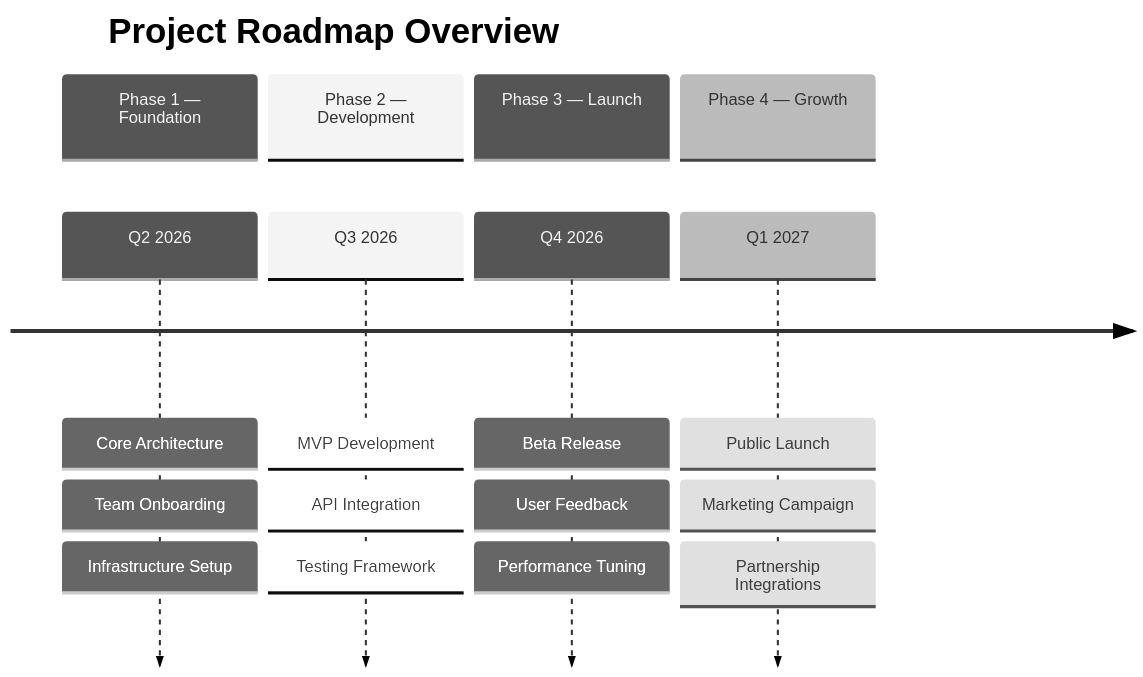
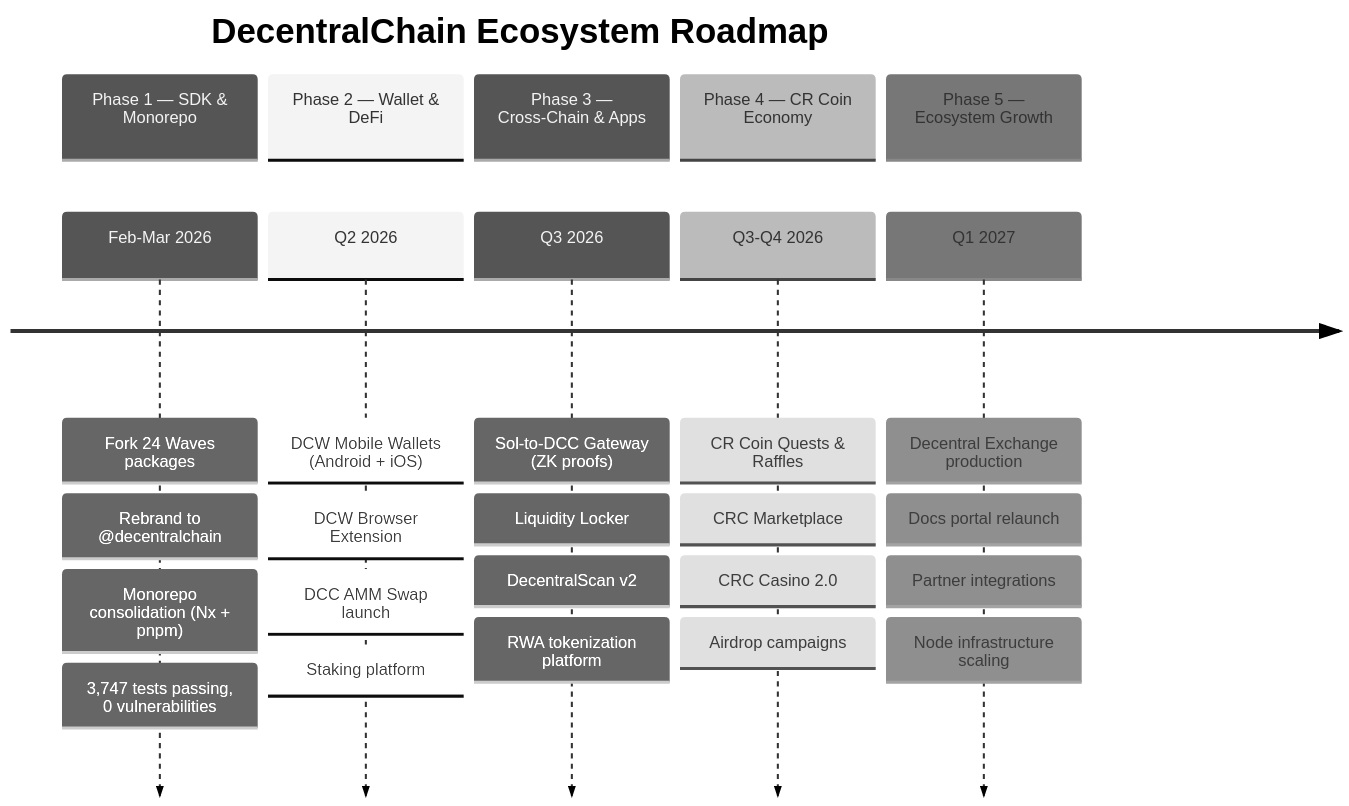
Before and after one commit to 33imattei33/roadmap-project: the first of 11 diagrams in ROADMAP.md, drawn with Mermaid (neutral theme). The commit also changed other lines of this file and 6 other files, not shown here.

First line of the commit message:
Replace placeholder roadmap with real DecentralChain ecosystem data

````diff
--- a/ROADMAP.md
+++ b/ROADMAP.md
@@ -9,20 +24,29 @@
 ```mermaid
 timeline
-    title Project Roadmap Overview
-    section Phase 1 — Foundation
-        Q2 2026 : Core Architecture
-                 : Team Onboarding
-                 : Infrastructure Setup
-    section Phase 2 — Development
-        Q3 2026 : MVP Development
-                 : API Integration
-                 : Testing Framework
-    section Phase 3 — Launch
-        Q4 2026 : Beta Release
-                 : User Feedback
-                 : Performance Tuning
-    section Phase 4 — Growth
-        Q1 2027 : Public Launch
-                 : Marketing Campaign
-                 : Partnership Integrations
+    title DecentralChain Ecosystem Roadmap
+    section Phase 1 — SDK & Monorepo
+        Feb-Mar 2026 : Fork 24 Waves packages
+                     : Rebrand to @decentralchain
+                     : Monorepo consolidation (Nx + pnpm)
+                     : 3,747 tests passing, 0 vulnerabilities
+    section Phase 2 — Wallet & DeFi
+        Q2 2026 : DCW Mobile Wallets (Android + iOS)
+                : DCW Browser Extension
+                : DCC AMM Swap launch
+                : Staking platform
+    section Phase 3 — Cross-Chain & Apps
+        Q3 2026 : Sol-to-DCC Gateway (ZK proofs)
+                : Liquidity Locker
+                : DecentralScan v2
+                : RWA tokenization platform
+    section Phase 4 — CR Coin Economy
+        Q3-Q4 2026 : CR Coin Quests & Raffles
+                   : CRC Marketplace
+                   : CRC Casino 2.0
+                   : Airdrop campaigns
+    section Phase 5 — Ecosystem Growth
+        Q1 2027 : Decentral Exchange production
+                : Docs portal relaunch
+                : Partner integrations
+                : Node infrastructure scaling
 ```
````
